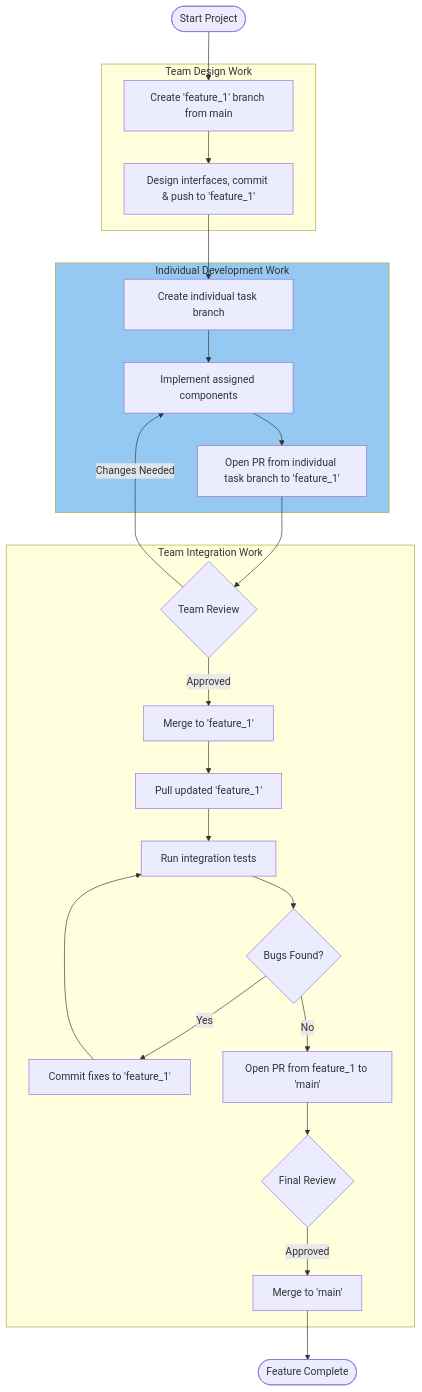
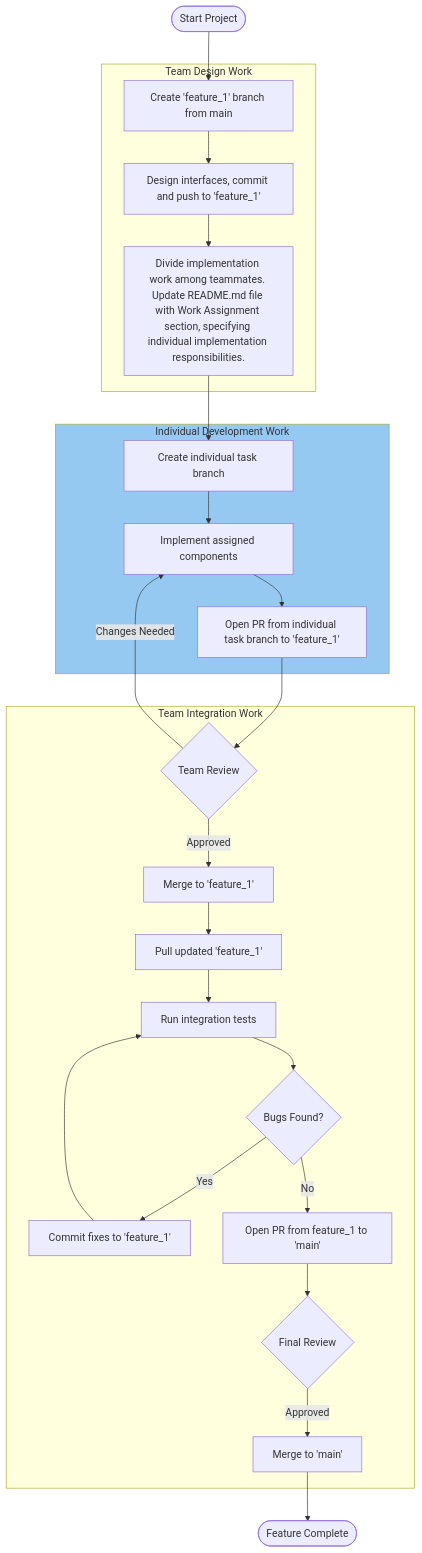
The diagram in README.md (cse4504-wustl/workflow), drawn with Mermaid before and after one commit. The commit also changed other lines of this file, not shown here.

````diff
--- a/README.md
+++ b/README.md
@@ -2,30 +4,31 @@
 ```mermaid
 flowchart TD
     Start([Start Project]) --> InitFeature[Create 'feature_1' branch from main]
     subgraph Team_Start [Team Design Work]
-    InitFeature --> Design[Design interfaces, commit & push to 'feature_1']
+    InitFeature --> Design[Design interfaces, commit and push to 'feature_1']
+    Design --> DivideTasks[Divide implementation work among teammates. Update README.md file with Work Assignment section, specifying individual implementation responsibilities.]
     end
 
     subgraph Indiv_Work [Individual Development Work]
-    Design --> BranchInd[Create individual task branch]
+    DivideTasks --> BranchInd[Create individual task branch]
     BranchInd --> Implement[Implement assigned components]
     Implement --> PR_Ind[Open PR from individual task branch to 'feature_1']
     end
     style Indiv_Work fill:#96C9F2
 
     subgraph Team Integration Work
     Review_Ind -- Changes Needed --> Implement
     PR_Ind --> Review_Ind{Team Review}
     Review_Ind -- Approved --> Merge_Ind[Merge to 'feature_1']    
     Merge_Ind --> Pull[Pull updated 'feature_1']
     Pull --> Test[Run integration tests]
     Test --> Fix{Bugs Found?}
     Fix -- Yes --> FixCommit[Commit fixes to 'feature_1']
     FixCommit --> Test
     Fix -- No --> FinalPR[Open PR from feature_1 to 'main']
     FinalPR --> Review_Final{Final Review}
     Review_Final -- Approved --> MainMerge[Merge to 'main']
     end
 
     MainMerge --> Done([Feature Complete])
 ```
````
